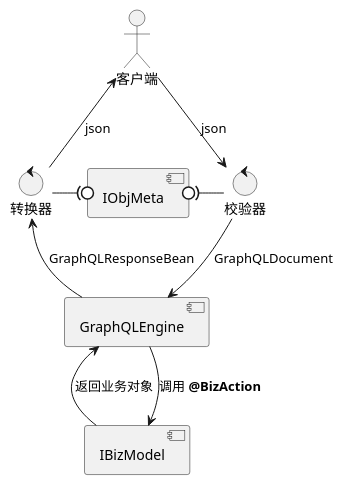
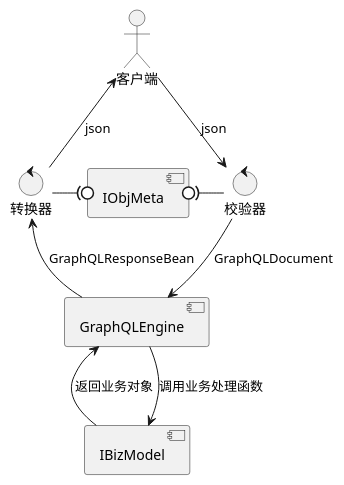
One commit to crazydan-studio/nop.crazydan.io changed the first of 7 diagrams in docs/400.implement/400.component/100.graphql.md. Above: the diagram before and after it, drawn with PlantUML. The commit also changed other lines of this file, not shown here.

````diff
--- a/docs/400.implement/400.component/100.graphql.md
+++ b/docs/400.implement/400.component/100.graphql.md
@@ -24,20 +32,20 @@
 ```plantuml
 actor "客户端" as client
 control "校验器" as validator
 component "GraphQLEngine" as engine
 component "IBizModel" as biz
 control "转换器" as transformer
 component "IObjMeta" as meta
 
 client -down-> validator: json
 validator -down-> engine: GraphQLDocument
 
 engine -up-> transformer: GraphQLResponseBean
 transformer -up-> client: json
 
 biz -up-> engine: 返回业务对象
-engine -down-> biz: 调用 <b>@BizAction
+engine -down-> biz: 调用业务处理函数
 
 meta 0)-right- validator
 meta 0)-left- transformer
 ```
````
